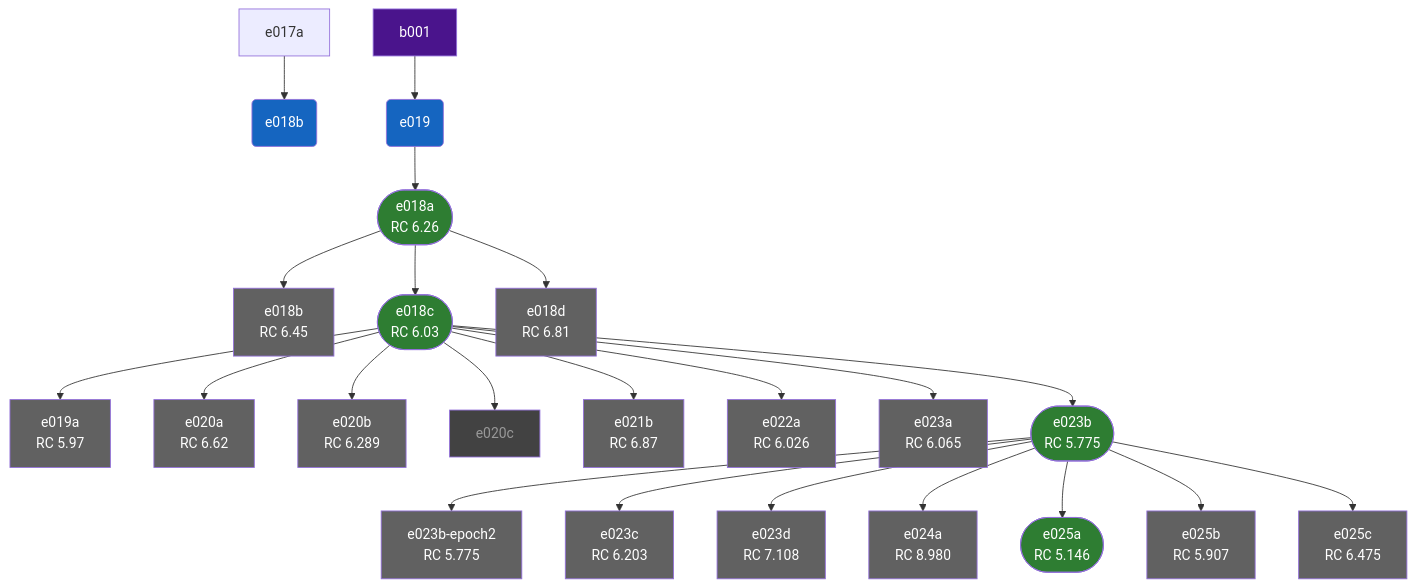
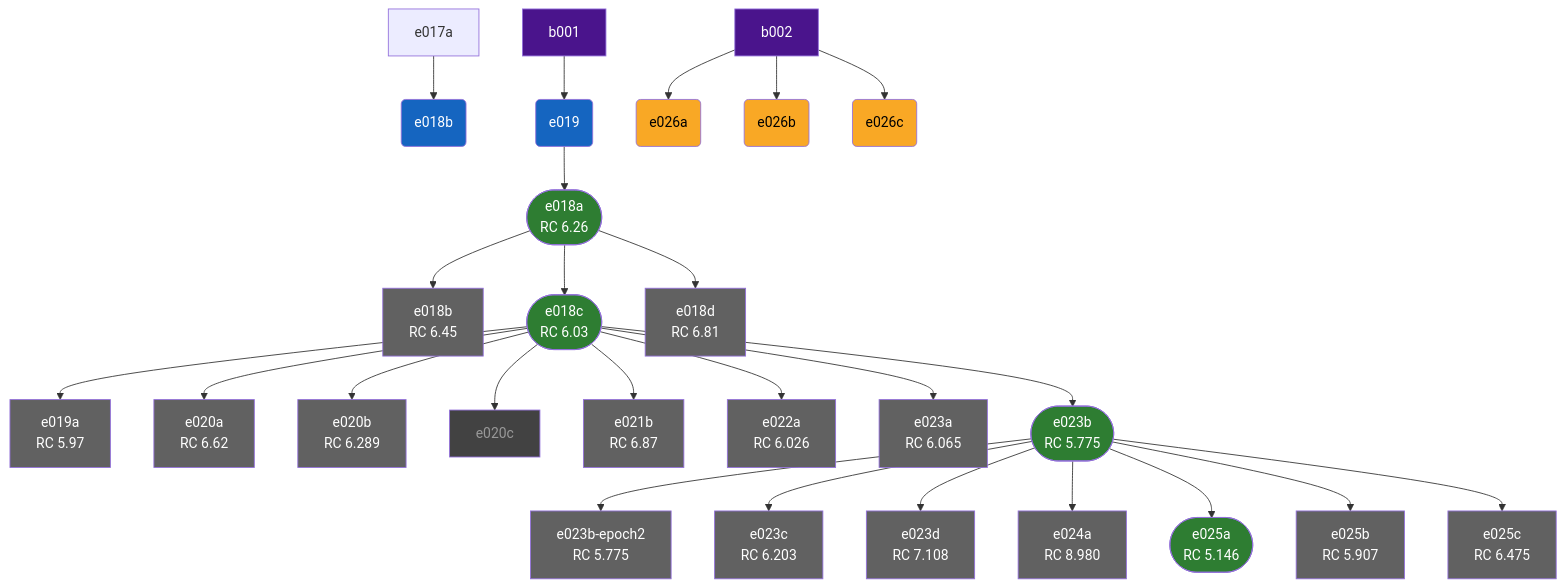
One commit to ScavieFae/autonomous-world-model changed the diagram in docs/experiments/index.md. Above: the diagram before and after it, drawn with Mermaid. The commit also changed other lines of this file and 2 other files, not shown here.

````diff
--- a/docs/experiments/index.md
+++ b/docs/experiments/index.md
@@ -11,68 +11,79 @@
 ```mermaid
 flowchart TD
     b001["b001"]
+    b002["b002"]
     e018a_self_forcing(["e018a\nRC 6.26"])
     e018b_rollout_coherence_eval("e018b")
     e018b_self_forcing_n5["e018b\nRC 6.45"]
     e018c_rolling_context_window(["e018c\nRC 6.03"])
     e018d_horizon_weighted_loss["e018d\nRC 6.81"]
     e019_baseline("e019")
     e019a_context_k50["e019a\nRC 5.97"]
     e020a_sf_ratio_10["e020a\nRC 6.62"]
     e020b_sf_ratio_30["e020b\nRC 6.289"]
     e020c_sf_n4["e020c"]
     e021b_selective_bptt["e021b\nRC 6.87"]
     e022a_bs256["e022a\nRC 6.026"]
     e023a_dmodel192["e023a\nRC 6.065"]
     e023b_dmodel768(["e023b\nRC 5.775"])
     e023b_epoch2["e023b-epoch2\nRC 5.775"]
     e023c_dmodel512["e023c\nRC 6.203"]
     e023d_nlayers8["e023d\nRC 7.108"]
     e024a_full_bptt["e024a\nRC 8.980"]
     e025a_lr_warmup(["e025a\nRC 5.146"])
     e025b_loss_reweight["e025b\nRC 5.907"]
     e025c_layer_dropout["e025c\nRC 6.475"]
+    e026a_muon("e026a")
+    e026b_unimix("e026b")
+    e026c_sf_curriculum("e026c")
     e019_baseline --> e018a_self_forcing
     e017a --> e018b_rollout_coherence_eval
     e018a_self_forcing --> e018b_self_forcing_n5
     e018a_self_forcing --> e018c_rolling_context_window
     e018a_self_forcing --> e018d_horizon_weighted_loss
     b001 --> e019_baseline
     e018c_rolling_context_window --> e019a_context_k50
     e018c_rolling_context_window --> e020a_sf_ratio_10
     e018c_rolling_context_window --> e020b_sf_ratio_30
     e018c_rolling_context_window --> e020c_sf_n4
     e018c_rolling_context_window --> e021b_selective_bptt
     e018c_rolling_context_window --> e022a_bs256
     e018c_rolling_context_window --> e023a_dmodel192
     e018c_rolling_context_window --> e023b_dmodel768
     e023b_dmodel768 --> e023b_epoch2
     e023b_dmodel768 --> e023c_dmodel512
     e023b_dmodel768 --> e023d_nlayers8
     e023b_dmodel768 --> e024a_full_bptt
     e023b_dmodel768 --> e025a_lr_warmup
     e023b_dmodel768 --> e025b_loss_reweight
     e023b_dmodel768 --> e025c_layer_dropout
+    b002 --> e026a_muon
+    b002 --> e026b_unimix
+    b002 --> e026c_sf_curriculum
     style e018a_self_forcing fill:#2e7d32,color:#fff
     style e018b_rollout_coherence_eval fill:#1565c0,color:#fff
     style e018b_self_forcing_n5 fill:#616161,color:#fff
     style e018c_rolling_context_window fill:#2e7d32,color:#fff
     style e018d_horizon_weighted_loss fill:#616161,color:#fff
     style e019_baseline fill:#1565c0,color:#fff
     style e019a_context_k50 fill:#616161,color:#fff
     style e020a_sf_ratio_10 fill:#616161,color:#fff
     style e020b_sf_ratio_30 fill:#616161,color:#fff
     style e020c_sf_n4 fill:#424242,color:#999
     style e021b_selective_bptt fill:#616161,color:#fff
     style e022a_bs256 fill:#616161,color:#fff
     style e023a_dmodel192 fill:#616161,color:#fff
     style e023b_dmodel768 fill:#2e7d32,color:#fff
     style e023b_epoch2 fill:#616161,color:#fff
     style e023c_dmodel512 fill:#616161,color:#fff
     style e023d_nlayers8 fill:#616161,color:#fff
     style e024a_full_bptt fill:#616161,color:#fff
     style e025a_lr_warmup fill:#2e7d32,color:#fff
     style e025b_loss_reweight fill:#616161,color:#fff
     style e025c_layer_dropout fill:#616161,color:#fff
+    style e026a_muon fill:#f9a825,color:#000
+    style e026b_unimix fill:#f9a825,color:#000
+    style e026c_sf_curriculum fill:#f9a825,color:#000
     style b001 fill:#4a148c,color:#fff
+    style b002 fill:#4a148c,color:#fff
 ```
````
